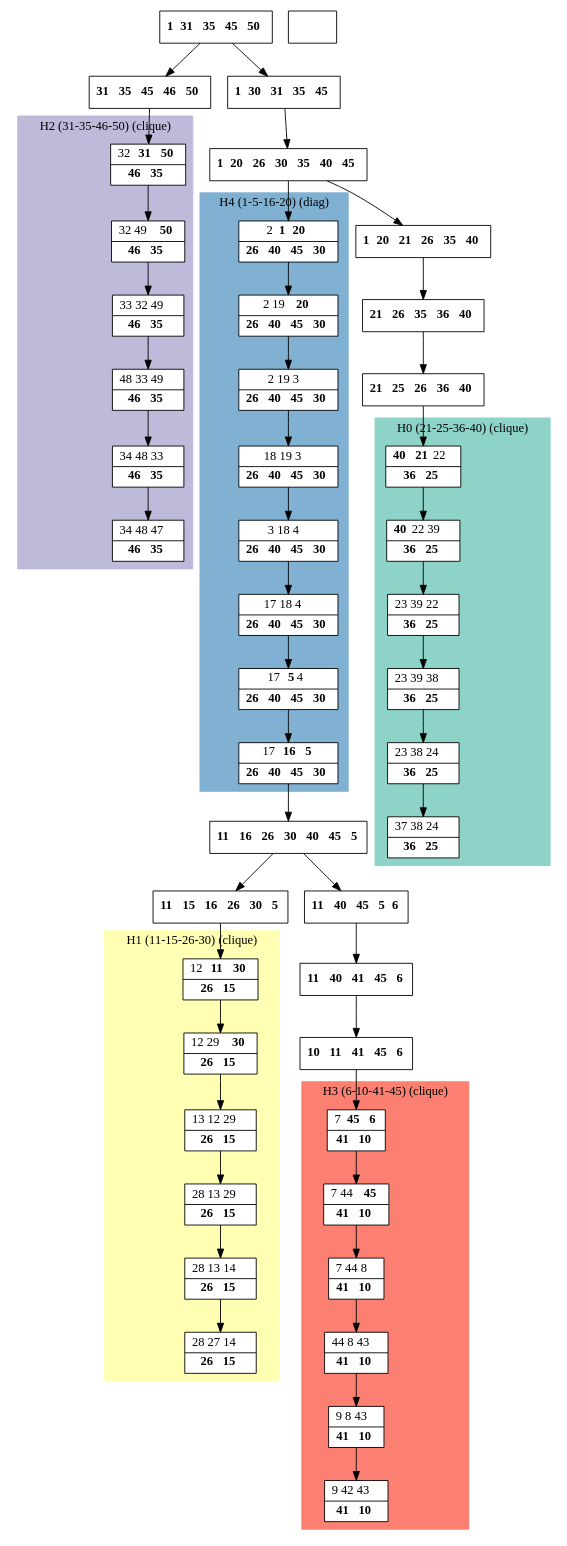
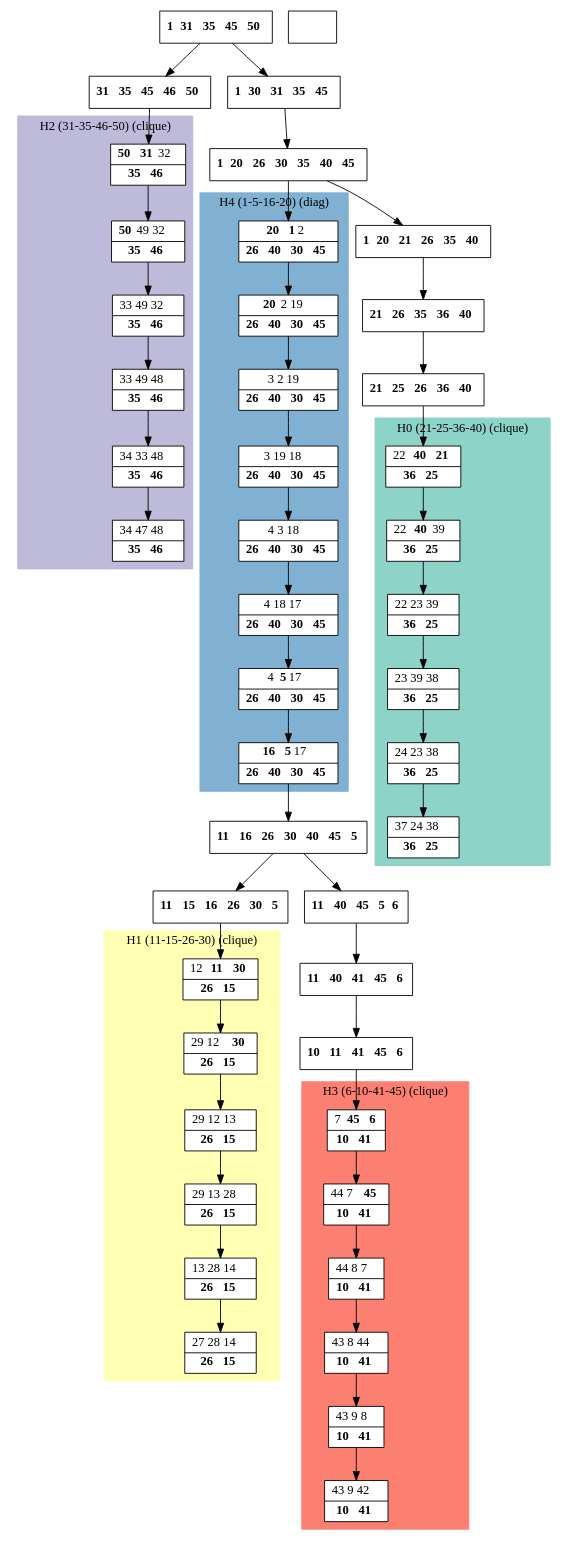
Before and after one commit to R-Poulard/AutoDP-2.0: the diagram in auto-dp/results/dot_files/processed_C5.dot, drawn with Graphviz. The commit also changed 815 other files, not shown here.

```diff
--- a/auto-dp/results/dot_files/processed_C5.dot
+++ b/auto-dp/results/dot_files/processed_C5.dot
@@ -1,104 +1,104 @@
 digraph G {
     node [shape=box];
     subgraph cluster0 {
         node [style=filled,fillcolor=white];
         labeljust="l";
         style=filled;
         color="#8DD3C7";
         H0_0 -> H0_1 -> H0_2 -> H0_3 -> H0_4 -> H0_5;
         label="H0 (21-25-36-40) (clique)";
     }
     subgraph cluster1 {
         node [style=filled,fillcolor=white];
         labeljust="l";
         style=filled;
         color="#FFFFB3";
         H1_0 -> H1_1 -> H1_2 -> H1_3 -> H1_4 -> H1_5;
         label="H1 (11-15-26-30) (clique)";
     }
     subgraph cluster2 {
         node [style=filled,fillcolor=white];
         labeljust="l";
         style=filled;
         color="#BEBADA";
         H2_0 -> H2_1 -> H2_2 -> H2_3 -> H2_4 -> H2_5;
         label="H2 (31-35-46-50) (clique)";
     }
     subgraph cluster3 {
         node [style=filled,fillcolor=white];
         labeljust="l";
         style=filled;
         color="#FB8072";
         H3_0 -> H3_1 -> H3_2 -> H3_3 -> H3_4 -> H3_5;
         label="H3 (6-10-41-45) (clique)";
     }
     subgraph cluster4 {
         node [style=filled,fillcolor=white];
         labeljust="l";
         style=filled;
         color="#80B1D3";
         H4_0 -> H4_1 -> H4_2 -> H4_3 -> H4_4 -> H4_5 -> H4_6 -> H4_7;
         label="H4 (1-5-16-20) (diag)";
     }
      -1 [shape=record,label= <{}> ];
      37 [shape=record,label= <{ <b>1</b> <b>31</b> <b>35</b> <b>45</b> <b>50</b>}> ];
      36 [shape=record,label= <{ <b>1</b> <b>30</b> <b>31</b> <b>35</b> <b>45</b>}> ];
      37  ->  36;
      1 [shape=record,label= <{ <b>1</b> <b>20</b> <b>26</b> <b>30</b> <b>35</b> <b>40</b> <b>45</b>}> ];
      36  ->  1;
-     H4_0 [shape=record,label= <{ 2 <b>1</b> <b>20</b>|  <b>26</b> <b>40</b> <b>45</b> <b>30</b>}> ];
+     H4_0 [shape=record,label= <{ <b>20</b> <b>1</b> 2|  <b>26</b> <b>40</b> <b>30</b> <b>45</b>}> ];
      1  ->  H4_0;
-     H4_1 [shape=record,label= <{ 2 19 <b>20</b>|  <b>26</b> <b>40</b> <b>45</b> <b>30</b>}> ];
-     H4_2 [shape=record,label= <{ 2 19 3|  <b>26</b> <b>40</b> <b>45</b> <b>30</b>}> ];
-     H4_3 [shape=record,label= <{ 18 19 3|  <b>26</b> <b>40</b> <b>45</b> <b>30</b>}> ];
-     H4_4 [shape=record,label= <{ 3 18 4|  <b>26</b> <b>40</b> <b>45</b> <b>30</b>}> ];
-     H4_5 [shape=record,label= <{ 17 18 4|  <b>26</b> <b>40</b> <b>45</b> <b>30</b>}> ];
-     H4_6 [shape=record,label= <{ 17 <b>5</b> 4|  <b>26</b> <b>40</b> <b>45</b> <b>30</b>}> ];
-     H4_7 [shape=record,label= <{ 17 <b>16</b> <b>5</b>|  <b>26</b> <b>40</b> <b>45</b> <b>30</b>}> ];
+     H4_1 [shape=record,label= <{ <b>20</b> 2 19|  <b>26</b> <b>40</b> <b>30</b> <b>45</b>}> ];
+     H4_2 [shape=record,label= <{ 3 2 19|  <b>26</b> <b>40</b> <b>30</b> <b>45</b>}> ];
+     H4_3 [shape=record,label= <{ 3 19 18|  <b>26</b> <b>40</b> <b>30</b> <b>45</b>}> ];
+     H4_4 [shape=record,label= <{ 4 3 18|  <b>26</b> <b>40</b> <b>30</b> <b>45</b>}> ];
+     H4_5 [shape=record,label= <{ 4 18 17|  <b>26</b> <b>40</b> <b>30</b> <b>45</b>}> ];
+     H4_6 [shape=record,label= <{ 4 <b>5</b> 17|  <b>26</b> <b>40</b> <b>30</b> <b>45</b>}> ];
+     H4_7 [shape=record,label= <{ <b>16</b> <b>5</b> 17|  <b>26</b> <b>40</b> <b>30</b> <b>45</b>}> ];
      6 [shape=record,label= <{ <b>11</b> <b>16</b> <b>26</b> <b>30</b> <b>40</b> <b>45</b> <b>5</b>}> ];
      H4_7  ->  6;
      7 [shape=record,label= <{ <b>11</b> <b>40</b> <b>45</b> <b>5</b> <b>6</b>}> ];
      6  ->  7;
      10 [shape=record,label= <{ <b>11</b> <b>40</b> <b>41</b> <b>45</b> <b>6</b>}> ];
      7  ->  10;
      11 [shape=record,label= <{ <b>10</b> <b>11</b> <b>41</b> <b>45</b> <b>6</b>}> ];
      10  ->  11;
-     H3_0 [shape=record,label= <{ 7 <b>45</b> <b>6</b>|  <b>41</b> <b>10</b>}> ];
+     H3_0 [shape=record,label= <{ 7 <b>45</b> <b>6</b>|  <b>10</b> <b>41</b>}> ];
      11  ->  H3_0;
-     H3_1 [shape=record,label= <{ 7 44 <b>45</b>|  <b>41</b> <b>10</b>}> ];
-     H3_2 [shape=record,label= <{ 7 44 8|  <b>41</b> <b>10</b>}> ];
-     H3_3 [shape=record,label= <{ 44 8 43|  <b>41</b> <b>10</b>}> ];
-     H3_4 [shape=record,label= <{ 9 8 43|  <b>41</b> <b>10</b>}> ];
-     H3_5 [shape=record,label= <{ 9 42 43|  <b>41</b> <b>10</b>}> ];
+     H3_1 [shape=record,label= <{ 44 7 <b>45</b>|  <b>10</b> <b>41</b>}> ];
+     H3_2 [shape=record,label= <{ 44 8 7|  <b>10</b> <b>41</b>}> ];
+     H3_3 [shape=record,label= <{ 43 8 44|  <b>10</b> <b>41</b>}> ];
+     H3_4 [shape=record,label= <{ 43 9 8|  <b>10</b> <b>41</b>}> ];
+     H3_5 [shape=record,label= <{ 43 9 42|  <b>10</b> <b>41</b>}> ];
      16 [shape=record,label= <{ <b>11</b> <b>15</b> <b>16</b> <b>26</b> <b>30</b> <b>5</b>}> ];
      6  ->  16;
      H1_0 [shape=record,label= <{ 12 <b>11</b> <b>30</b>|  <b>26</b> <b>15</b>}> ];
      16  ->  H1_0;
-     H1_1 [shape=record,label= <{ 12 29 <b>30</b>|  <b>26</b> <b>15</b>}> ];
-     H1_2 [shape=record,label= <{ 13 12 29|  <b>26</b> <b>15</b>}> ];
-     H1_3 [shape=record,label= <{ 28 13 29|  <b>26</b> <b>15</b>}> ];
-     H1_4 [shape=record,label= <{ 28 13 14|  <b>26</b> <b>15</b>}> ];
-     H1_5 [shape=record,label= <{ 28 27 14|  <b>26</b> <b>15</b>}> ];
+     H1_1 [shape=record,label= <{ 29 12 <b>30</b>|  <b>26</b> <b>15</b>}> ];
+     H1_2 [shape=record,label= <{ 29 12 13|  <b>26</b> <b>15</b>}> ];
+     H1_3 [shape=record,label= <{ 29 13 28|  <b>26</b> <b>15</b>}> ];
+     H1_4 [shape=record,label= <{ 13 28 14|  <b>26</b> <b>15</b>}> ];
+     H1_5 [shape=record,label= <{ 27 28 14|  <b>26</b> <b>15</b>}> ];
      26 [shape=record,label= <{ <b>1</b> <b>20</b> <b>21</b> <b>26</b> <b>35</b> <b>40</b>}> ];
      1  ->  26;
      28 [shape=record,label= <{ <b>21</b> <b>26</b> <b>35</b> <b>36</b> <b>40</b>}> ];
      26  ->  28;
      29 [shape=record,label= <{ <b>21</b> <b>25</b> <b>26</b> <b>36</b> <b>40</b>}> ];
      28  ->  29;
-     H0_0 [shape=record,label= <{ <b>40</b> <b>21</b> 22|  <b>36</b> <b>25</b>}> ];
+     H0_0 [shape=record,label= <{ 22 <b>40</b> <b>21</b>|  <b>36</b> <b>25</b>}> ];
      29  ->  H0_0;
-     H0_1 [shape=record,label= <{ <b>40</b> 22 39|  <b>36</b> <b>25</b>}> ];
-     H0_2 [shape=record,label= <{ 23 39 22|  <b>36</b> <b>25</b>}> ];
+     H0_1 [shape=record,label= <{ 22 <b>40</b> 39|  <b>36</b> <b>25</b>}> ];
+     H0_2 [shape=record,label= <{ 22 23 39|  <b>36</b> <b>25</b>}> ];
      H0_3 [shape=record,label= <{ 23 39 38|  <b>36</b> <b>25</b>}> ];
-     H0_4 [shape=record,label= <{ 23 38 24|  <b>36</b> <b>25</b>}> ];
-     H0_5 [shape=record,label= <{ 37 38 24|  <b>36</b> <b>25</b>}> ];
+     H0_4 [shape=record,label= <{ 24 23 38|  <b>36</b> <b>25</b>}> ];
+     H0_5 [shape=record,label= <{ 37 24 38|  <b>36</b> <b>25</b>}> ];
      38 [shape=record,label= <{ <b>31</b> <b>35</b> <b>45</b> <b>46</b> <b>50</b>}> ];
      37  ->  38;
-     H2_0 [shape=record,label= <{ 32 <b>31</b> <b>50</b>|  <b>46</b> <b>35</b>}> ];
+     H2_0 [shape=record,label= <{ <b>50</b> <b>31</b> 32|  <b>35</b> <b>46</b>}> ];
      38  ->  H2_0;
-     H2_1 [shape=record,label= <{ 32 49 <b>50</b>|  <b>46</b> <b>35</b>}> ];
-     H2_2 [shape=record,label= <{ 33 32 49|  <b>46</b> <b>35</b>}> ];
-     H2_3 [shape=record,label= <{ 48 33 49|  <b>46</b> <b>35</b>}> ];
-     H2_4 [shape=record,label= <{ 34 48 33|  <b>46</b> <b>35</b>}> ];
-     H2_5 [shape=record,label= <{ 34 48 47|  <b>46</b> <b>35</b>}> ];
+     H2_1 [shape=record,label= <{ <b>50</b> 49 32|  <b>35</b> <b>46</b>}> ];
+     H2_2 [shape=record,label= <{ 33 49 32|  <b>35</b> <b>46</b>}> ];
+     H2_3 [shape=record,label= <{ 33 49 48|  <b>35</b> <b>46</b>}> ];
+     H2_4 [shape=record,label= <{ 34 33 48|  <b>35</b> <b>46</b>}> ];
+     H2_5 [shape=record,label= <{ 34 47 48|  <b>35</b> <b>46</b>}> ];
 }
```
